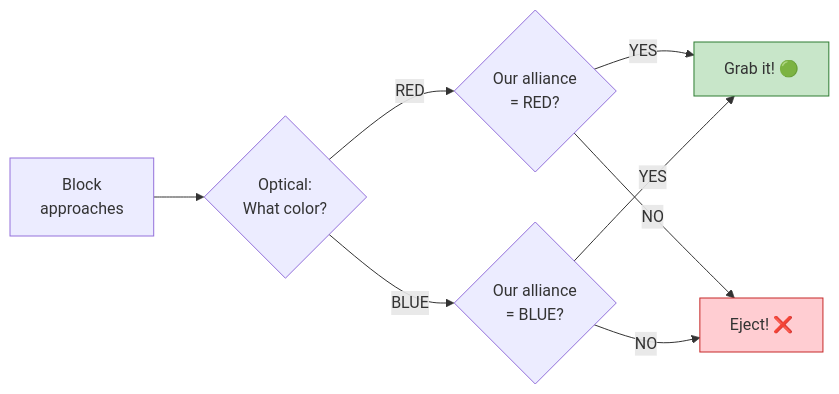
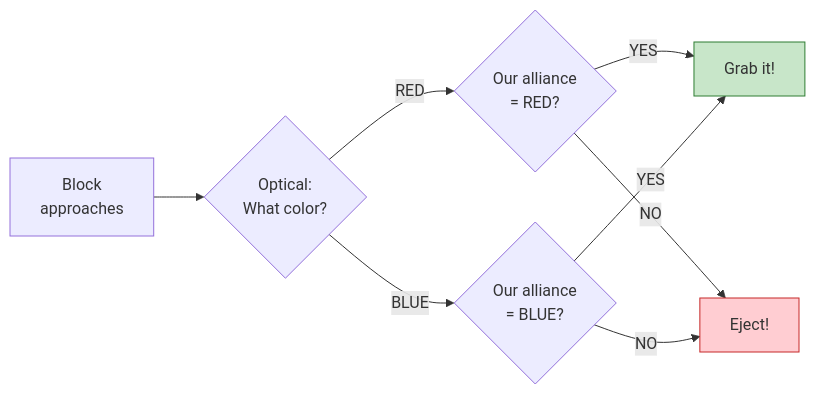
Before and after one commit to anowarislam/vex-pushback: diagram 13 of 14 in docs/tutorials/07-advanced/02-sensor-integration.md, drawn with Mermaid. The commit also changed other lines of this file and 16 other files, not shown here.

````diff
--- a/docs/tutorials/07-advanced/02-sensor-integration.md
+++ b/docs/tutorials/07-advanced/02-sensor-integration.md
@@ -634,13 +634,13 @@
 ```mermaid
 flowchart LR
     A["Block\napproaches"] --> B{"Optical:\nWhat color?"}
     B -->|"RED"| C{"Our alliance\n= RED?"}
     B -->|"BLUE"| D{"Our alliance\n= BLUE?"}
-    C -->|"YES"| E["Grab it! 🟢"]
-    C -->|"NO"| F["Eject! ❌"]
+    C -->|"YES"| E["Grab it!"]
+    C -->|"NO"| F["Eject!"]
     D -->|"YES"| E
     D -->|"NO"| F
 
     style E fill:#c8e6c9,stroke:#2e7d32
     style F fill:#ffcdd2,stroke:#c62828
 ```
````
